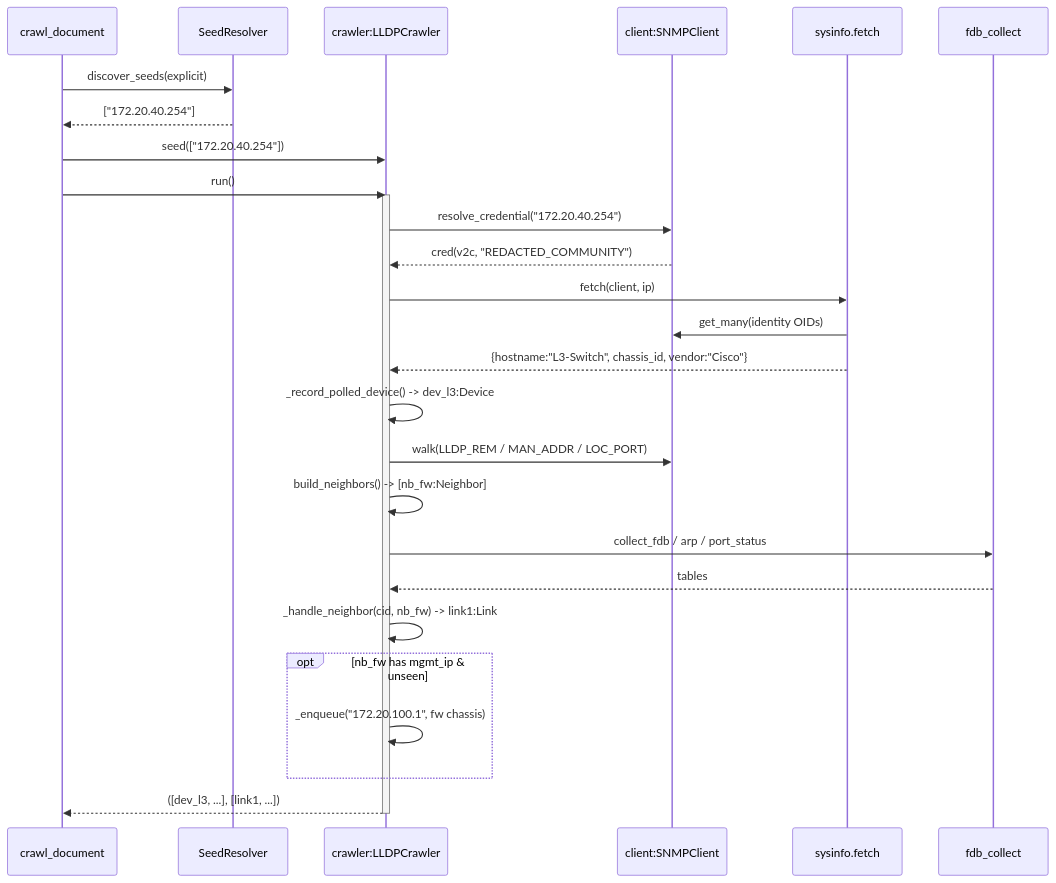
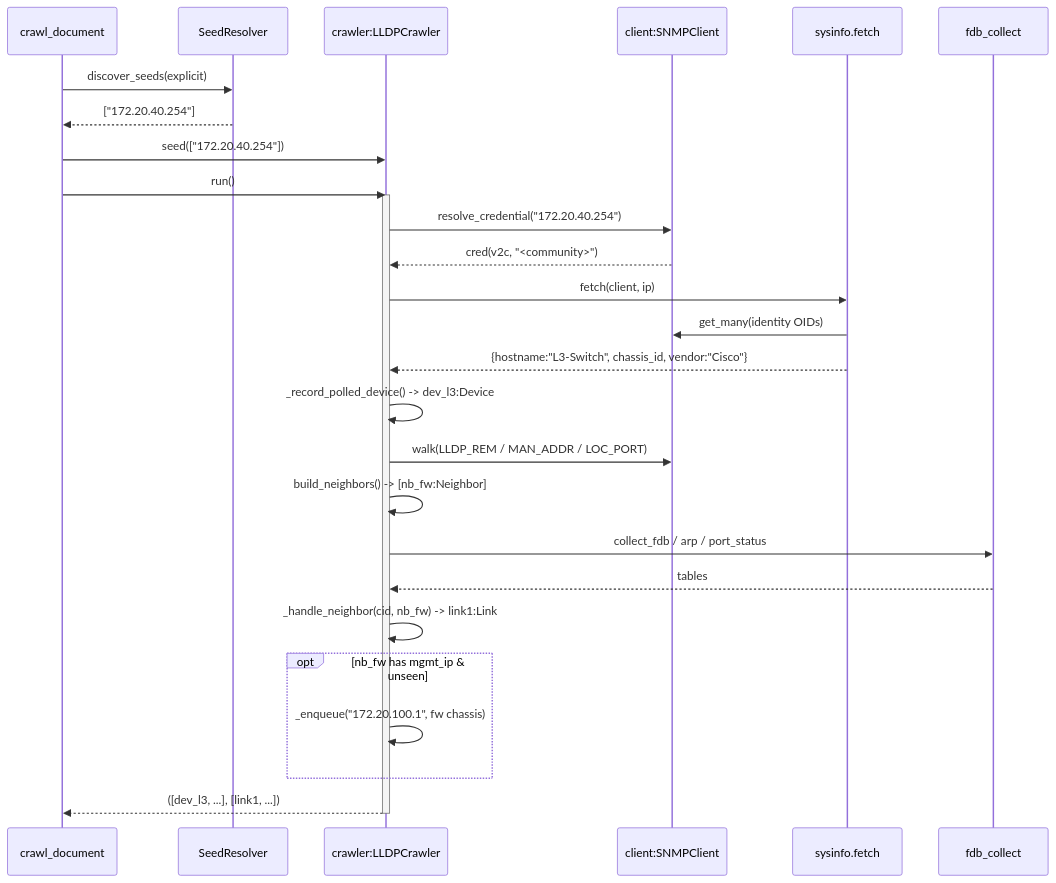
Before and after one commit to ansari-mannan/Wazuh-Network-Mapper: the sixth of 13 diagrams in docs/diagrams/UML_DIAGRAMS.md, drawn with Mermaid. The commit also changed other lines of this file and 16 other files, not shown here.

````diff
--- a/docs/diagrams/UML_DIAGRAMS.md
+++ b/docs/diagrams/UML_DIAGRAMS.md
@@ -411,31 +411,31 @@
 ```mermaid
 sequenceDiagram
     participant runner as crawl_document
     participant sr as SeedResolver
     participant crawler as crawler:LLDPCrawler
     participant snmp as client:SNMPClient
     participant si as sysinfo.fetch
     participant fdb as fdb_collect
 
     runner->>sr: discover_seeds(explicit)
     sr-->>runner: ["172.20.40.254"]
     runner->>crawler: seed(["172.20.40.254"])
     runner->>crawler: run()
     activate crawler
     crawler->>snmp: resolve_credential("172.20.40.254")
-    snmp-->>crawler: cred(v2c, "REDACTED_COMMUNITY")
+    snmp-->>crawler: cred(v2c, "<community>")
     crawler->>si: fetch(client, ip)
     si->>snmp: get_many(identity OIDs)
     si-->>crawler: {hostname:"L3-Switch", chassis_id, vendor:"Cisco"}
     crawler->>crawler: _record_polled_device() -> dev_l3:Device
     crawler->>snmp: walk(LLDP_REM / MAN_ADDR / LOC_PORT)
     crawler->>crawler: build_neighbors() -> [nb_fw:Neighbor]
     crawler->>fdb: collect_fdb / arp / port_status
     fdb-->>crawler: tables
     crawler->>crawler: _handle_neighbor(cid, nb_fw) -> link1:Link
     opt nb_fw has mgmt_ip & unseen
         crawler->>crawler: _enqueue("172.20.100.1", fw chassis)
     end
     crawler-->>runner: ([dev_l3, ...], [link1, ...])
     deactivate crawler
 ```
````
